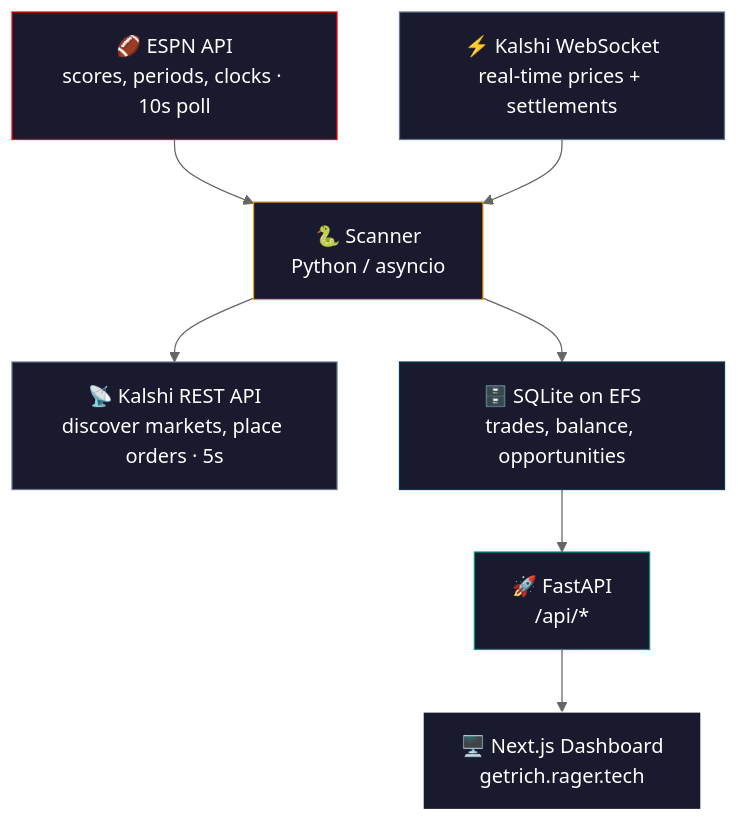
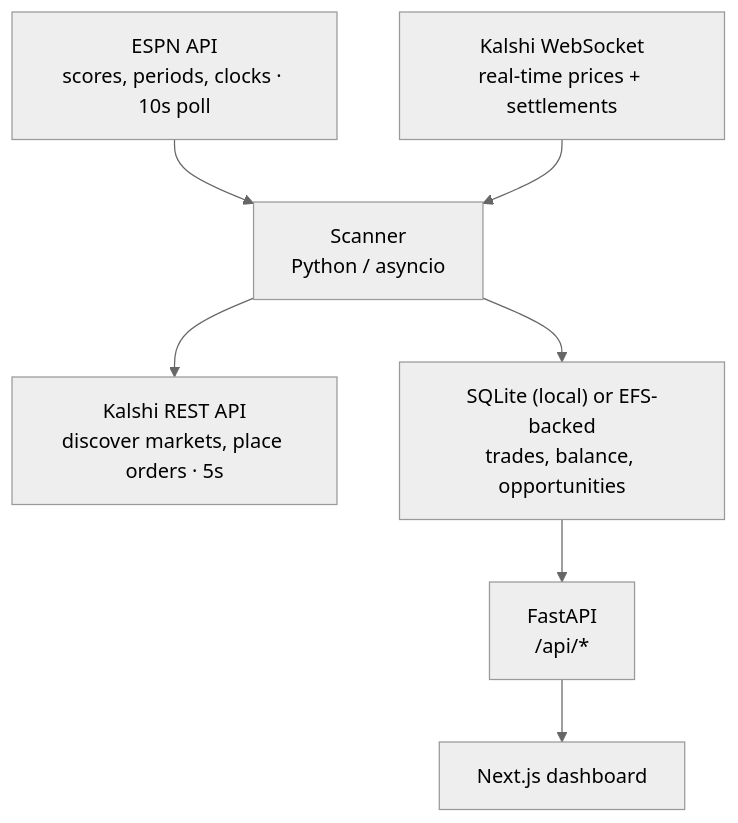
The diagram in README.md (petrapa6/kalshi-trading), drawn with Mermaid (neutral theme) before and after one commit. The commit also changed other lines of this file and 5 other files, not shown here.

````diff
--- a/README.md
+++ b/README.md
@@ -38,25 +11,17 @@
 ```mermaid
 graph TD
-    ESPN["🏈 ESPN API<br/>scores, periods, clocks · 10s poll"]
-    KWS["⚡ Kalshi WebSocket<br/>real-time prices + settlements"]
-    KREST["📡 Kalshi REST API<br/>discover markets, place orders · 5s"]
-    SCANNER["🐍 Scanner<br/>Python / asyncio"]
-    DB["🗄️ SQLite on EFS<br/>trades, balance, opportunities"]
-    API["🚀 FastAPI<br/>/api/*"]
-    DASH["🖥️ Next.js Dashboard<br/>getrich.rager.tech"]
+    ESPN["ESPN API<br/>scores, periods, clocks · 10s poll"]
+    KWS["Kalshi WebSocket<br/>real-time prices + settlements"]
+    KREST["Kalshi REST API<br/>discover markets, place orders · 5s"]
+    SCANNER["Scanner<br/>Python / asyncio"]
+    DB["SQLite (local) or EFS-backed<br/>trades, balance, opportunities"]
+    API["FastAPI<br/>/api/*"]
+    DASH["Next.js dashboard"]
 
     ESPN --> SCANNER
     KWS --> SCANNER
     SCANNER --> DB
     SCANNER --> KREST
     DB --> API
     API --> DASH
-
-    style ESPN fill:#1a1a2e,stroke:#FF0000,color:#fff
-    style KWS fill:#1a1a2e,stroke:#64748b,color:#fff
-    style KREST fill:#1a1a2e,stroke:#64748b,color:#fff
-    style SCANNER fill:#1a1a2e,stroke:#F59E0B,color:#fff
-    style DB fill:#1a1a2e,stroke:#003B57,color:#fff
-    style API fill:#1a1a2e,stroke:#009688,color:#fff
-    style DASH fill:#1a1a2e,stroke:#fff,color:#fff
 ```
````
